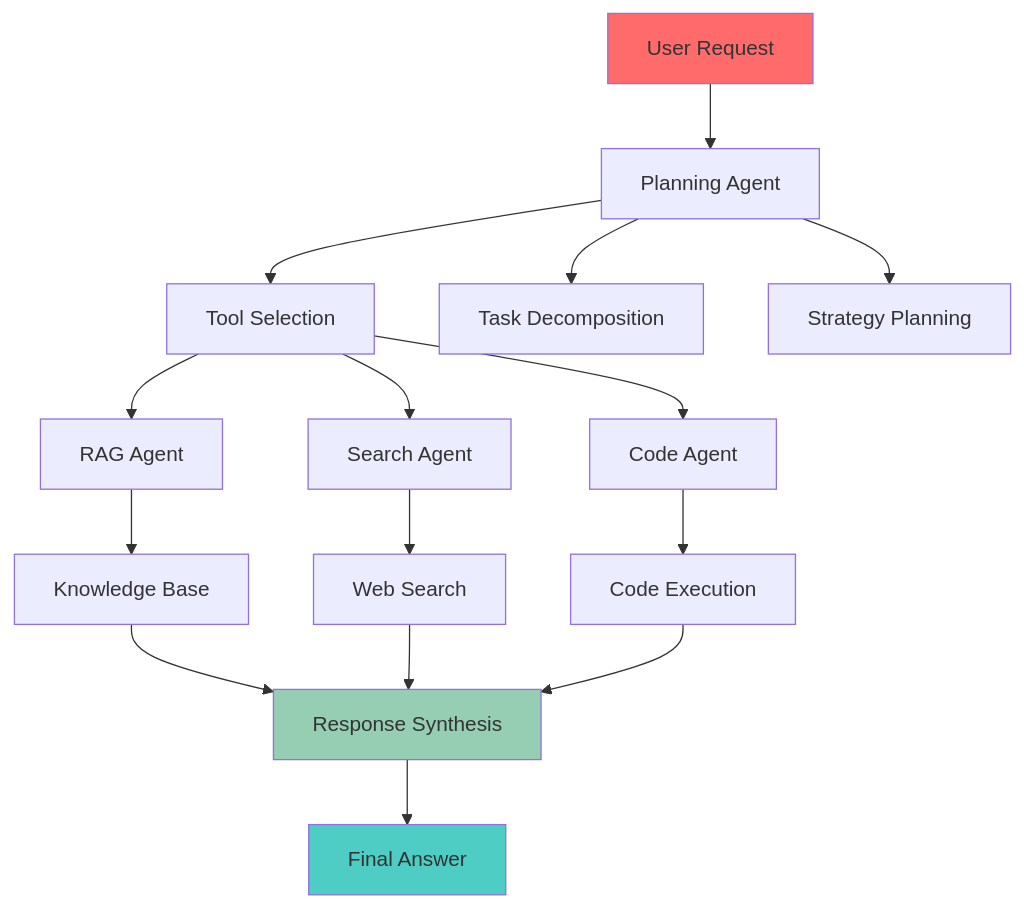
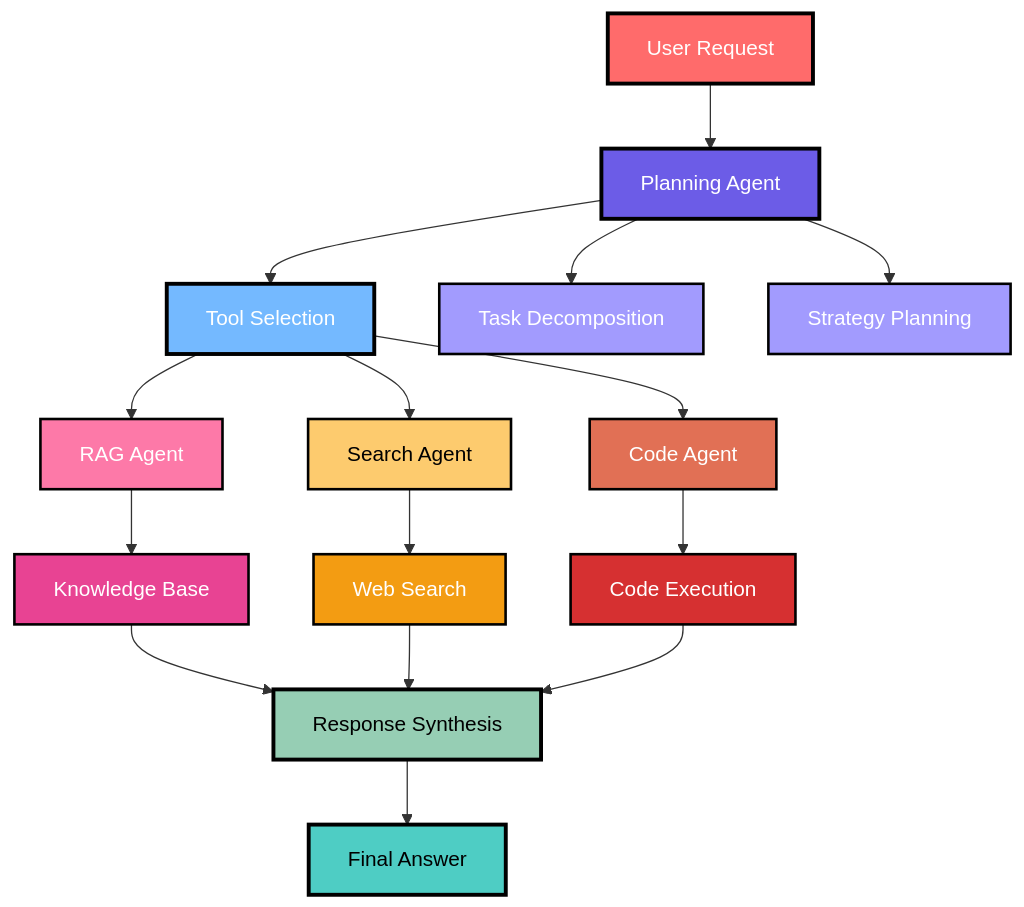
The sixth of 10 diagrams in AI resources.md (MicrosoftStudentChapter/Tech-Resources), drawn with Mermaid before and after one commit. The commit also changed other lines of this file, not shown here.

````diff
--- a/AI resources.md
+++ b/AI resources.md
@@ -425,24 +549,35 @@
 ```mermaid
 graph TD
     A[User Request] --> B[Planning Agent]
     B --> C[Tool Selection]
     C --> D[RAG Agent]
     C --> E[Search Agent]
     C --> F[Code Agent]
     
     D --> G[Knowledge Base]
     E --> H[Web Search]
     F --> I[Code Execution]
     
     G --> J[Response Synthesis]
     H --> J
     I --> J
     J --> K[Final Answer]
     
     B --> B1[Task Decomposition]
     B --> B2[Strategy Planning]
     
-    style A fill:#ff6b6b
-    style K fill:#4ecdc4
-    style J fill:#96ceb4
+    style A fill:#ff6b6b,stroke:#000,stroke-width:3px,color:#fff
+    style B fill:#6c5ce7,stroke:#000,stroke-width:3px,color:#fff
+    style C fill:#74b9ff,stroke:#000,stroke-width:3px,color:#fff
+    style D fill:#fd79a8,stroke:#000,stroke-width:2px,color:#fff
+    style E fill:#fdcb6e,stroke:#000,stroke-width:2px,color:#000
+    style F fill:#e17055,stroke:#000,stroke-width:2px,color:#fff
+    style G fill:#e84393,stroke:#000,stroke-width:2px,color:#fff
+    style H fill:#f39c12,stroke:#000,stroke-width:2px,color:#fff
+    style I fill:#d63031,stroke:#000,stroke-width:2px,color:#fff
+    style J fill:#96ceb4,stroke:#000,stroke-width:3px,color:#000
+    style K fill:#4ecdc4,stroke:#000,stroke-width:3px,color:#000
+    
+    style B1 fill:#a29bfe,stroke:#000,stroke-width:2px,color:#fff
+    style B2 fill:#a29bfe,stroke:#000,stroke-width:2px,color:#fff
 ```
````
